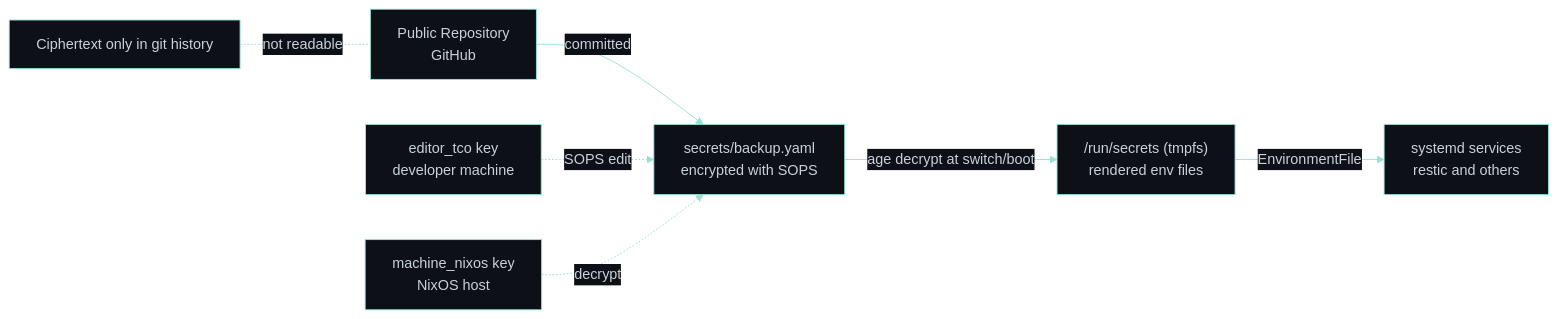
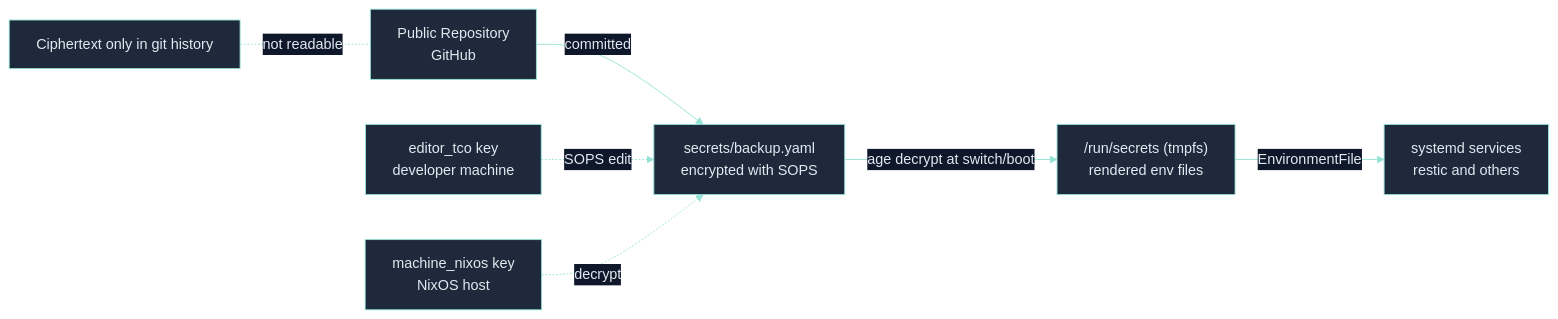
Before and after one commit to RomeoCavazza/nixos-config: the diagram in docs/wiki/Security-&-Secrets.md, drawn with Mermaid. The commit also changed 5 other files, not shown here.

Commit message:
docs: link all 9 architectural diagrams in wiki and readme

````diff
--- a/docs/wiki/Security-&-Secrets.md
+++ b/docs/wiki/Security-&-Secrets.md
@@ -15,10 +15,10 @@
 ```mermaid
-%%{init: {'theme': 'base', 'themeVariables': { 'primaryColor': '#161b22', 'secondaryColor': '#0d1117', 'tertiaryColor': '#0d1117', 'primaryBorderColor': '#94e2d5', 'lineColor': '#94e2d5', 'primaryTextColor': '#c9d1d9', 'mainBkg': '#0d1117', 'clusterBkg': '#161b22', 'clusterBorder': '#30363d', 'fontSize': '16px' }}}%%
+%%{init: {'theme': 'base', 'themeVariables': { 'primaryColor': '#1e293b', 'secondaryColor': '#0f172a', 'tertiaryColor': '#0f172a', 'primaryBorderColor': '#94e2d5', 'lineColor': '#94e2d5', 'primaryTextColor': '#e2e8f0', 'fontSize': '16px' }}}%%
 flowchart LR
   A["Public Repository<br/>GitHub"] -->|committed| B["secrets/backup.yaml<br/>encrypted with SOPS"]
   C["editor_tco key<br/>developer machine"] -.->|SOPS edit| B
   D["machine_nixos key<br/>NixOS host"] -.->|decrypt| B
   B -->|age decrypt at switch/boot| E["/run/secrets (tmpfs)<br/>rendered env files"]
   E -->|EnvironmentFile| F["systemd services<br/>restic and others"]
   G["Ciphertext only in git history"] -.-|not readable| A
 ```
````
